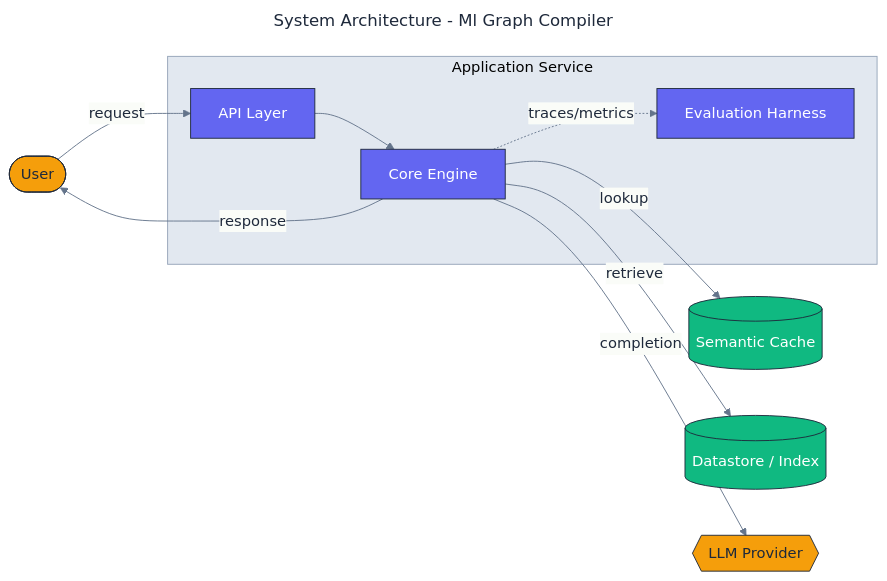
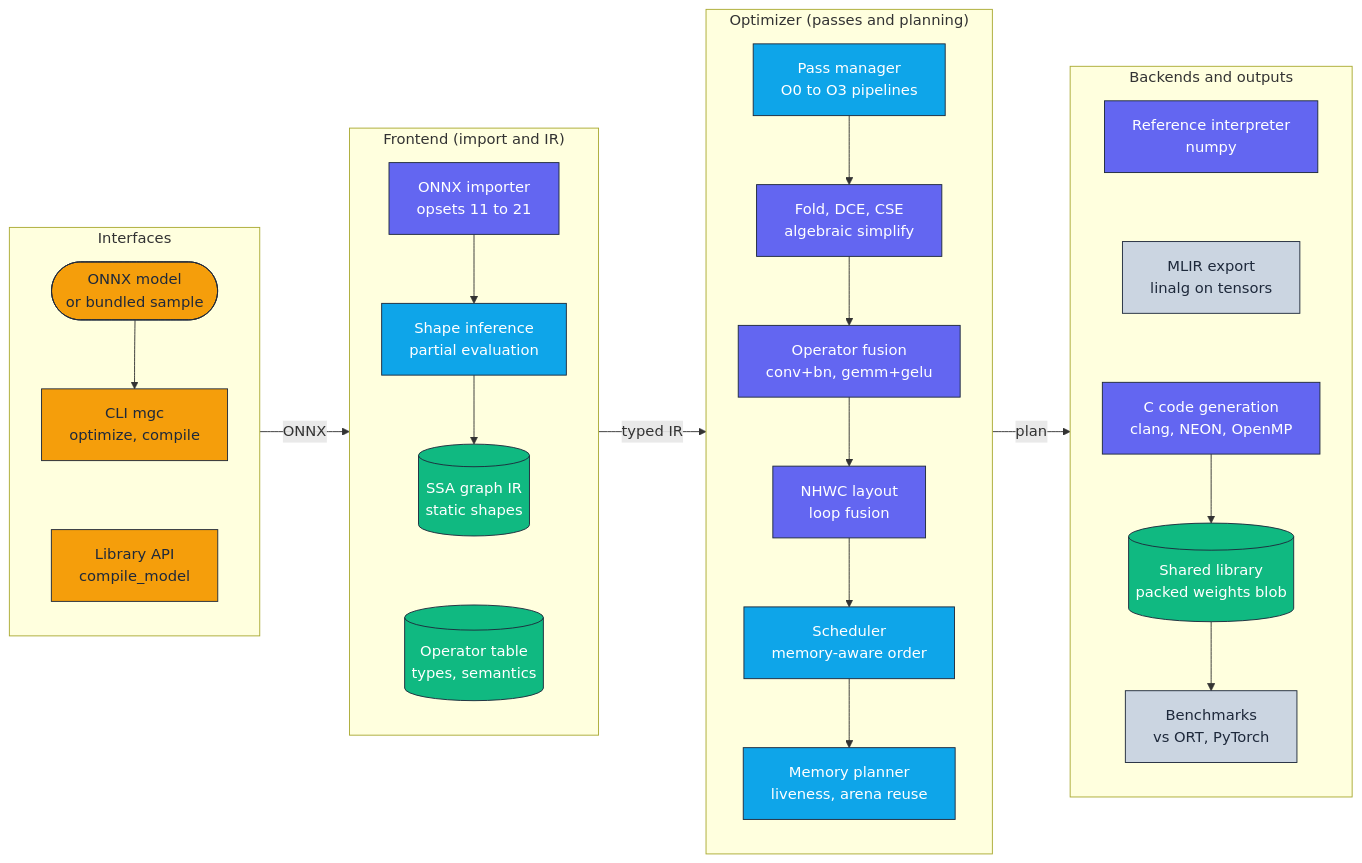
One commit to adeoluo/ml-graph-compiler changed the diagram in docs/architecture/architecture.mmd. Above: the diagram before and after it, drawn with Mermaid. The commit also changed 7 other files, not shown here.

Commit message:
docs: design records, threat model and layered architecture diagram (#7)

```diff
--- a/docs/architecture/architecture.mmd
+++ b/docs/architecture/architecture.mmd
@@ -1,38 +1,49 @@
----
-title: System Architecture - Ml Graph Compiler
-config:
-  theme: base
-  themeVariables:
-    fontFamily: "Inter, system-ui, sans-serif"
-    primaryColor: "#F8FAFC"
-    primaryBorderColor: "#1E293B"
-    primaryTextColor: "#1E293B"
-    lineColor: "#64748B"
-    clusterBkg: "#E2E8F0"
-    clusterBorder: "#94A3B8"
----
 flowchart LR
+    classDef edge     fill:#F59E0B,stroke:#1E293B,color:#1E293B,stroke-width:1px;
     classDef core     fill:#6366F1,stroke:#1E293B,color:#ffffff,stroke-width:1px;
     classDef data     fill:#10B981,stroke:#1E293B,color:#ffffff,stroke-width:1px;
-    classDef external fill:#F59E0B,stroke:#1E293B,color:#1E293B,stroke-width:1px;
-    classDef danger   fill:#EF4444,stroke:#1E293B,color:#ffffff,stroke-width:1px;
+    classDef control  fill:#0EA5E9,stroke:#1E293B,color:#ffffff,stroke-width:1px;
+    classDef obs      fill:#CBD5E1,stroke:#1E293B,color:#1E293B,stroke-width:1px;
 
-    User([User]):::external
-
-    subgraph Application["Application Service"]
-        API[API Layer]:::core
-        Core[Core Engine]:::core
-        Evaluation[Evaluation Harness]:::core
+    subgraph Interfaces["Interfaces"]
+        direction TB
+        Model([ONNX model<br/>or bundled sample]):::edge
+        CLI["CLI mgc<br/>optimize, compile"]:::edge
+        API["Library API<br/>compile_model"]:::edge
+        Model --> CLI ~~~ API
     end
 
-    Cache[(Semantic Cache)]:::data
-    Store[(Datastore / Index)]:::data
-    LLM{{LLM Provider}}:::external
+    subgraph Frontend["Frontend (import and IR)"]
+        direction TB
+        Importer["ONNX importer<br/>opsets 11 to 21"]:::core
+        Shapes["Shape inference<br/>partial evaluation"]:::control
+        IR[("SSA graph IR<br/>static shapes")]:::data
+        Registry[("Operator table<br/>types, semantics")]:::data
+        Importer --> Shapes --> IR
+        IR ~~~ Registry
+    end
 
-    User -->|request| API
-    API --> Core
-    Core -->|lookup| Cache
-    Core -->|retrieve| Store
-    Core -->|completion| LLM
-    Core -.->|traces/metrics| Evaluation
-    Core -->|response| User
+    subgraph Optimizer["Optimizer (passes and planning)"]
+        direction TB
+        Manager["Pass manager<br/>O0 to O3 pipelines"]:::control
+        Clean["Fold, DCE, CSE<br/>algebraic simplify"]:::core
+        Fuse["Operator fusion<br/>conv+bn, gemm+gelu"]:::core
+        Layout["NHWC layout<br/>loop fusion"]:::core
+        Sched["Scheduler<br/>memory-aware order"]:::control
+        Planner["Memory planner<br/>liveness, arena reuse"]:::control
+        Manager --> Clean --> Fuse --> Layout --> Sched --> Planner
+    end
+
+    subgraph Backends["Backends and outputs"]
+        direction TB
+        Interp["Reference interpreter<br/>numpy"]:::core
+        CGen["C code generation<br/>clang, NEON, OpenMP"]:::core
+        Lib[("Shared library<br/>packed weights blob")]:::data
+        MLIR["MLIR export<br/>linalg on tensors"]:::obs
+        Bench["Benchmarks<br/>vs ORT, PyTorch"]:::obs
+        Interp ~~~ MLIR ~~~ CGen --> Lib --> Bench
+    end
+
+    Interfaces -->|ONNX| Frontend
+    Frontend -->|typed IR| Optimizer
+    Optimizer -->|plan| Backends
```
